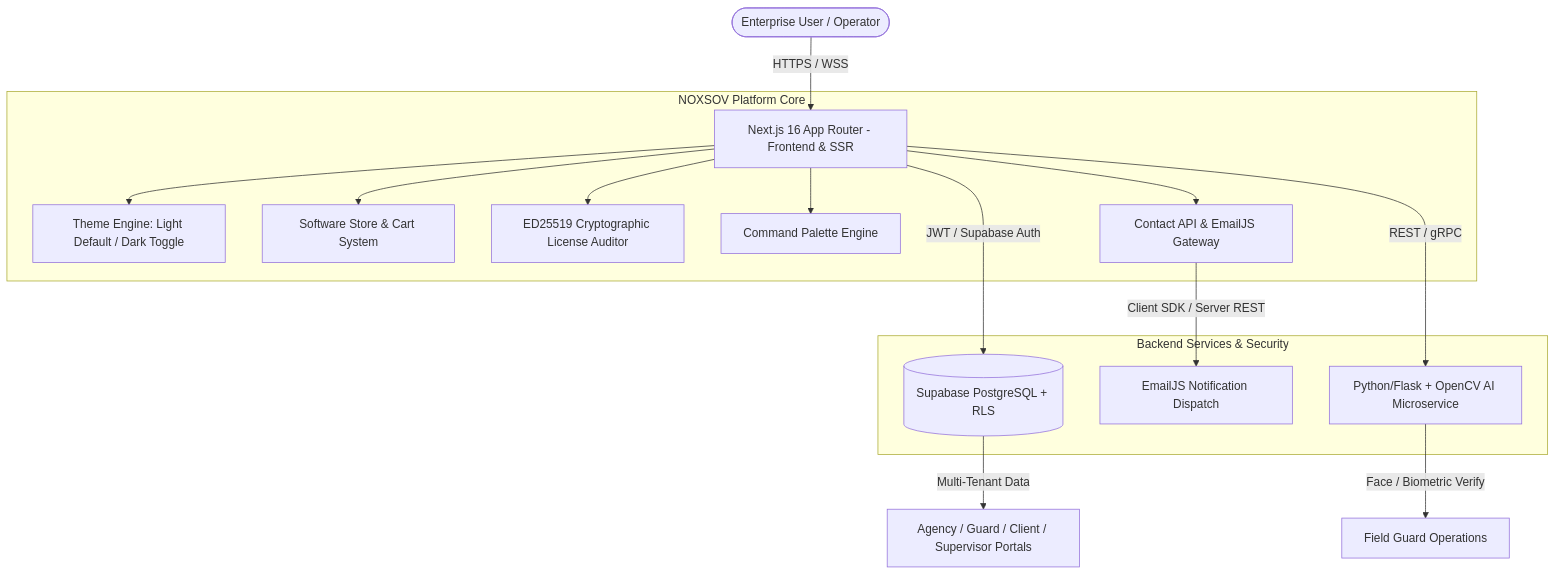
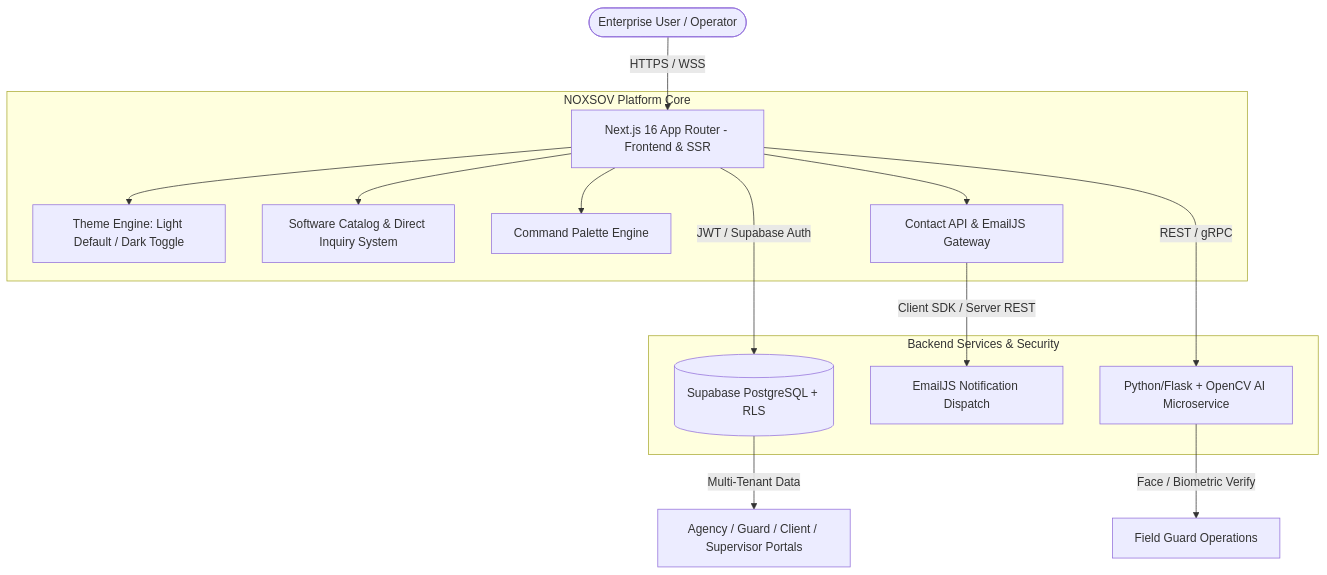
The diagram in README.md (VinayakJain-codes/Noxsov-Main-Websites), drawn with Mermaid before and after one commit. The commit also changed other lines of this file and 12 other files, not shown here.

````diff
--- a/README.md
+++ b/README.md
@@ -73,21 +73,20 @@
 ```mermaid
 graph TD
     User([Enterprise User / Operator]) -->|HTTPS / WSS| NextApp[Next.js 16 App Router - Frontend & SSR]
     
     subgraph "NOXSOV Platform Core"
         NextApp --> ThemeEngine[Theme Engine: Light Default / Dark Toggle]
-        NextApp --> StoreEngine[Software Store & Cart System]
-        NextApp --> LicenseAudit[ED25519 Cryptographic License Auditor]
+        NextApp --> StoreEngine[Software Catalog & Direct Inquiry System]
         NextApp --> CmdK[Command Palette Engine]
         NextApp --> ContactAPI[Contact API & EmailJS Gateway]
     end
 
     subgraph "Backend Services & Security"
         NextApp -->|JWT / Supabase Auth| SupabaseDB[(Supabase PostgreSQL + RLS)]
         ContactAPI -->|Client SDK / Server REST| EmailJSSvc[EmailJS Notification Dispatch]
         NextApp -->|REST / gRPC| PythonAI[Python/Flask + OpenCV AI Microservice]
     end
 
     PythonAI -->|Face / Biometric Verify| GuardPortal[Field Guard Operations]
     SupabaseDB -->|Multi-Tenant Data| Portals[Agency / Guard / Client / Supervisor Portals]
 ```
````
